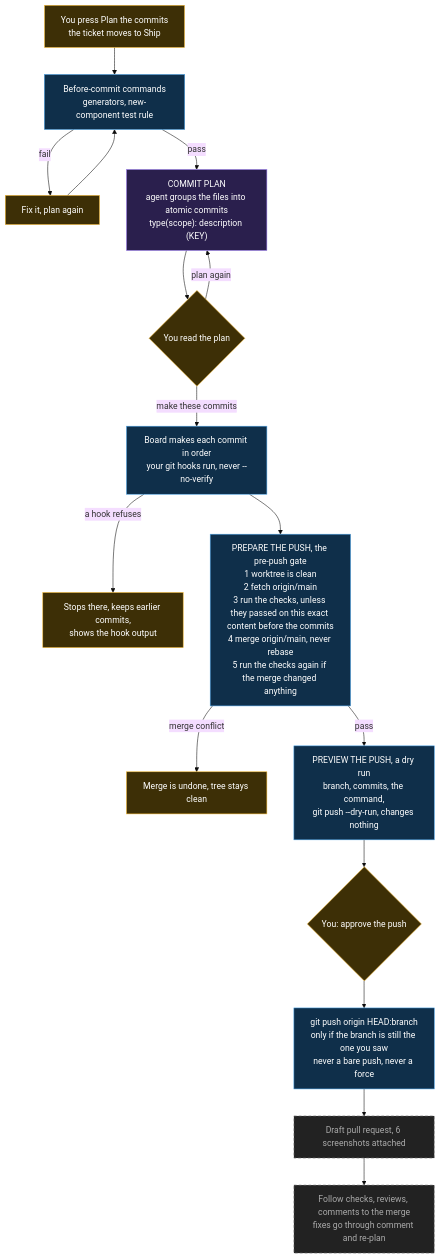
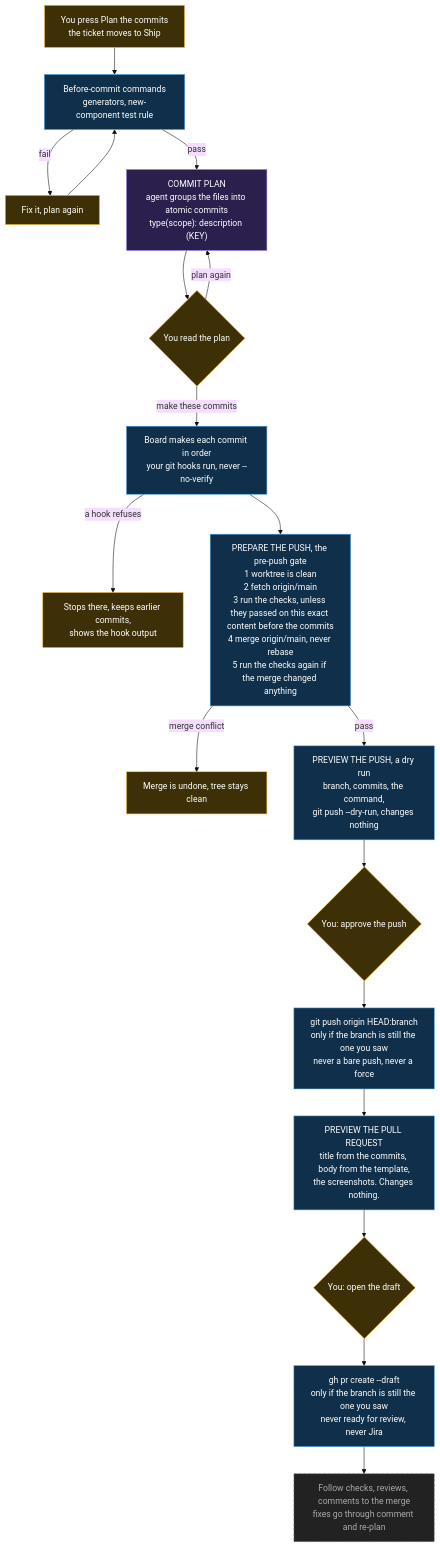
One commit to justindmyers/agent-ticket-board changed the seventh of 8 diagrams in FLOW.md. Above: the diagram before and after it, drawn with Mermaid (base theme). The commit also changed other lines of this file and 34 other files, not shown here.

Commit message:
feat(pr): create and update the draft pull request, and show one card for it

````diff
--- a/FLOW.md
+++ b/FLOW.md
@@ -219,35 +219,37 @@
 ```mermaid
 flowchart TD
   START["You press Plan the commits<br/>the ticket moves to Ship"]:::human --> PREP
 
   PREP["Before-commit commands<br/>generators, new-component test rule"]:::board
   PREP -->|"fail"| PREPFIX["Fix it, plan again"]:::human
   PREPFIX --> PREP
   PREP -->|"pass"| CP
 
   CP["COMMIT PLAN<br/>agent groups the files into atomic commits<br/>type(scope): description (KEY)"]:::agent
   CP --> READ{"You read the plan"}:::human
   READ -->|"plan again"| CP
   READ -->|"make these commits"| COMMIT
 
   COMMIT["Board makes each commit in order<br/>your git hooks run, never --no-verify"]:::board
   COMMIT -->|"a hook refuses"| HOOKFAIL["Stops there, keeps earlier commits,<br/>shows the hook output"]:::human
   COMMIT --> GATE
 
   GATE["PREPARE THE PUSH, the pre-push gate<br/>1 worktree is clean<br/>2 fetch origin/main<br/>3 run the checks, unless they passed on this exact content before the commits<br/>4 merge origin/main, never rebase<br/>5 run the checks again if the merge changed anything"]:::board
   GATE -->|"merge conflict"| UNDO["Merge is undone, tree stays clean"]:::human
   GATE -->|"pass"| SHOW
 
   SHOW["PREVIEW THE PUSH, a dry run<br/>branch, commits, the command,<br/>git push --dry-run, changes nothing"]:::board
   SHOW --> PUSH
 
   PUSH{"You: approve the push"}:::human
   PUSH --> DOPUSH["git push origin HEAD:branch<br/>only if the branch is still the one you saw<br/>never a bare push, never a force"]:::board
-  DOPUSH --> PR["Draft pull request, 6 screenshots attached"]:::planned
-  PR --> TRACK["Follow checks, reviews, comments to the merge<br/>fixes go through comment and re-plan"]:::planned
+  DOPUSH --> SHOWPR["PREVIEW THE PULL REQUEST<br/>title from the commits, body from the template,<br/>the screenshots. Changes nothing."]:::board
+  SHOWPR --> PRAPPROVE{"You: open the draft"}:::human
+  PRAPPROVE --> MAKEPR["gh pr create --draft<br/>only if the branch is still the one you saw<br/>never ready for review, never Jira"]:::board
+  MAKEPR --> TRACK["Follow checks, reviews, comments to the merge<br/>fixes go through comment and re-plan"]:::planned
 
   classDef human fill:#3d2f06,stroke:#f5b82e,color:#fff
   classDef agent fill:#2a1f4d,stroke:#9b7bf0,color:#fff
   classDef board fill:#0f2f4a,stroke:#4aa3e8,color:#fff
   classDef planned fill:#222,stroke:#777,stroke-dasharray:5 4,color:#aaa
 ```
````
